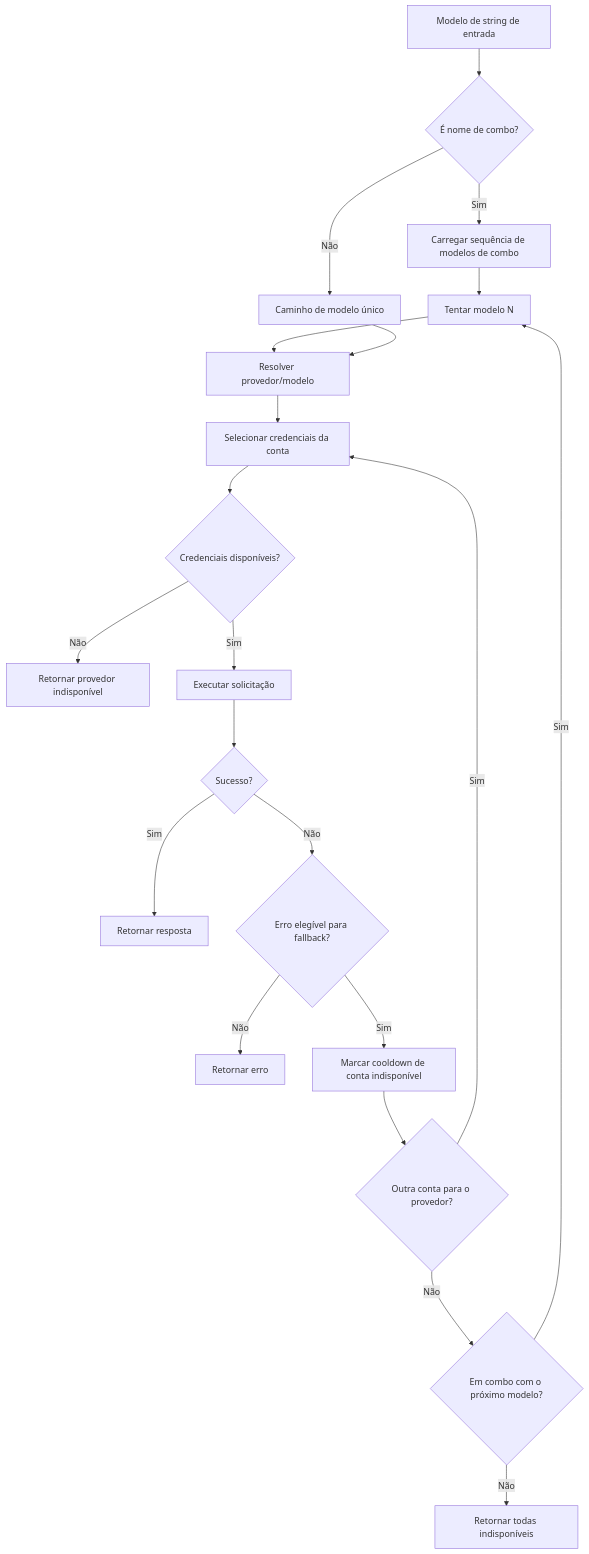
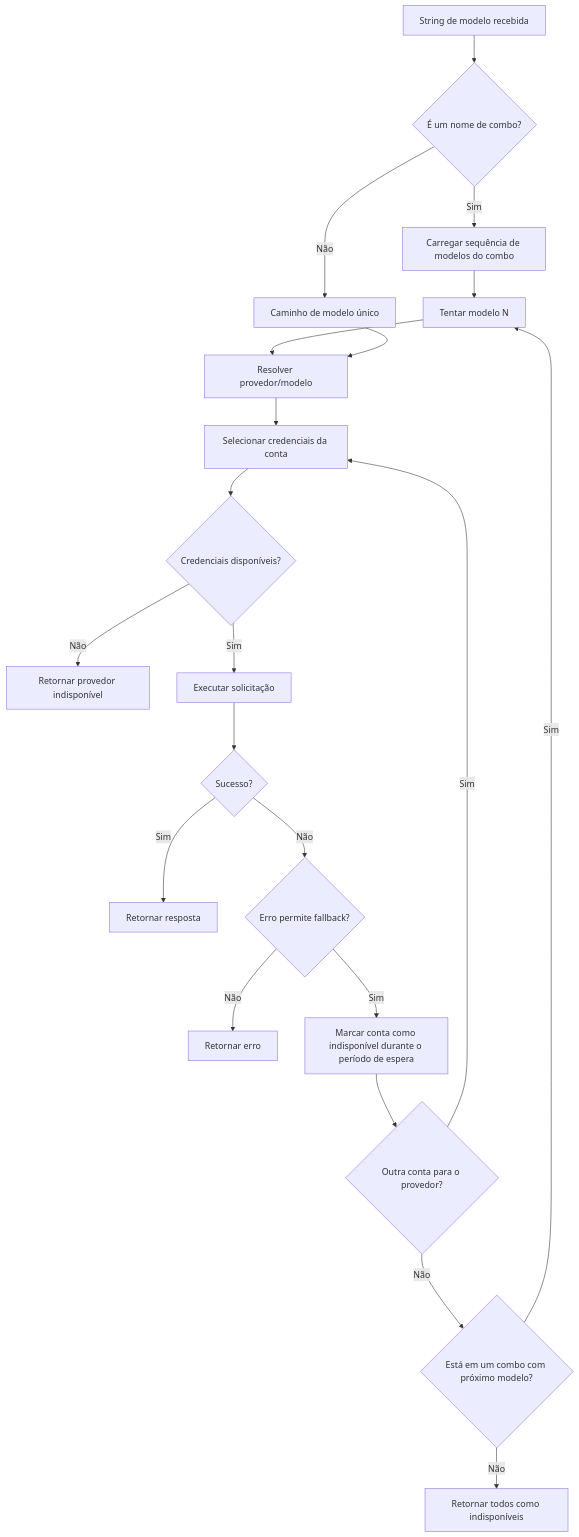
Before and after one commit to Abhijeet1520/OmniRoute: the third of 7 diagrams in docs/i18n/pt-BR/docs/architecture/ARCHITECTURE.md, drawn with Mermaid. The commit also changed other lines of this file and 1154 other files, not shown here.

````diff
--- a/docs/i18n/pt-BR/docs/architecture/ARCHITECTURE.md
+++ b/docs/i18n/pt-BR/docs/architecture/ARCHITECTURE.md
@@ -582,27 +607,27 @@
 ```mermaid
 flowchart TD
-    A[Modelo de string de entrada] --> B{É nome de combo?}
-    B -- Sim --> C[Carregar sequência de modelos de combo]
+    A[String de modelo recebida] --> B{É um nome de combo?}
+    B -- Sim --> C[Carregar sequência de modelos do combo]
     B -- Não --> D[Caminho de modelo único]
 
     C --> E[Tentar modelo N]
     E --> F[Resolver provedor/modelo]
     D --> F
 
     F --> G[Selecionar credenciais da conta]
     G --> H{Credenciais disponíveis?}
     H -- Não --> I[Retornar provedor indisponível]
     H -- Sim --> J[Executar solicitação]
 
     J --> K{Sucesso?}
     K -- Sim --> L[Retornar resposta]
-    K -- Não --> M{Erro elegível para fallback?}
+    K -- Não --> M{Erro permite fallback?}
 
     M -- Não --> N[Retornar erro]
-    M -- Sim --> O[Marcar cooldown de conta indisponível]
+    M -- Sim --> O[Marcar conta como indisponível durante o período de espera]
     O --> P{Outra conta para o provedor?}
     P -- Sim --> G
-    P -- Não --> Q{Em combo com o próximo modelo?}
+    P -- Não --> Q{Está em um combo com próximo modelo?}
     Q -- Sim --> E
-    Q -- Não --> R[Retornar todas indisponíveis]
+    Q -- Não --> R[Retornar todos como indisponíveis]
 ```
````
